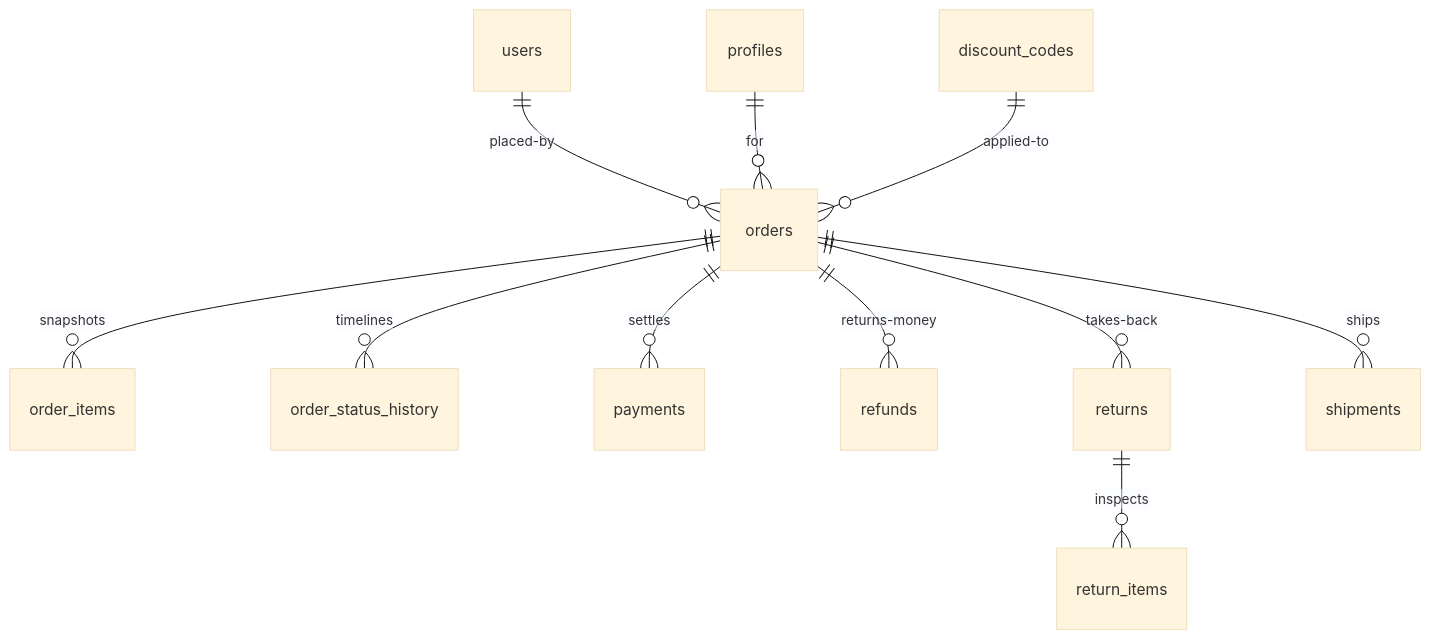
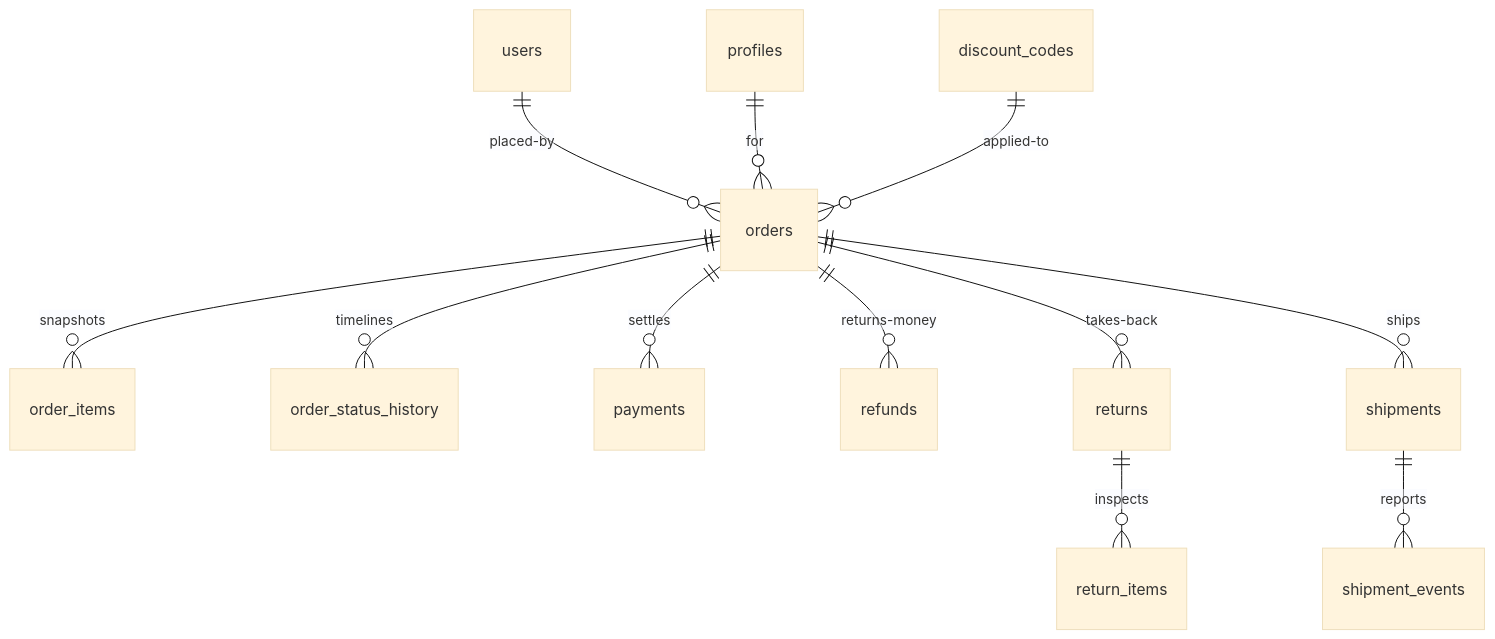
Before and after one commit to UnmarriedIdentity/the-unlugged-wear: the diagram in DOC/backend/06-Orders-Payments.md, drawn with Mermaid (base theme). The commit also changed other lines of this file, not shown here.

First line of the commit message:
docs(db): document orders idempotency, payment method and shipment events

````diff
--- a/DOC/backend/06-Orders-Payments.md
+++ b/DOC/backend/06-Orders-Payments.md
@@ -166,13 +194,14 @@
 ```mermaid
 erDiagram
     users ||--o{ orders : placed-by
     profiles ||--o{ orders : for
     discount_codes ||--o{ orders : applied-to
     orders ||--o{ order_items : snapshots
     orders ||--o{ order_status_history : timelines
     orders ||--o{ payments : settles
     orders ||--o{ refunds : returns-money
     orders ||--o{ returns : takes-back
     returns ||--o{ return_items : inspects
     orders ||--o{ shipments : ships
+    shipments ||--o{ shipment_events : reports
 ```
````
